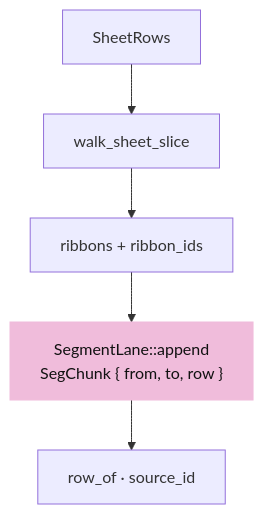
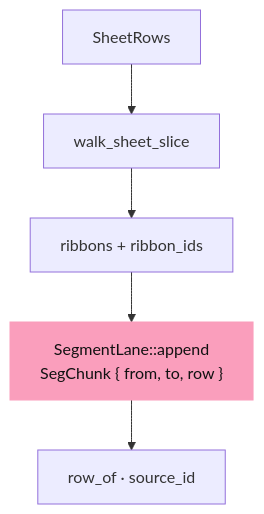
The fourth of 5 diagrams in session_viewer/docs/19-sheets.md (petrasvestartas/session), drawn with Mermaid before and after one commit. The commit also changed other lines of this file and 328 other files, not shown here.

First line of the commit message:
Course: the palette you sent, and mermaid drawn like the drawings

````diff
--- a/session_viewer/docs/19-sheets.md
+++ b/session_viewer/docs/19-sheets.md
@@ -124,7 +124,7 @@
 ```mermaid
 flowchart TB
     R["SheetRows"] --> W["walk_sheet_slice"] --> T["ribbons + ribbon_ids"]
     T --> U["SegmentLane::append<br/>SegChunk { from, to, row }"]
     U --> P["row_of · source_id"]
-    style U fill:#f0bcdb,stroke:#f0bcdb,color:#111
+    style U fill:#fa9ebc,stroke:#fa9ebc,color:#111
 ```
````
